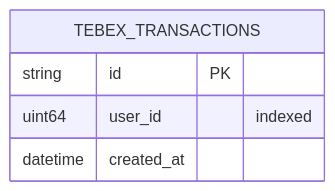
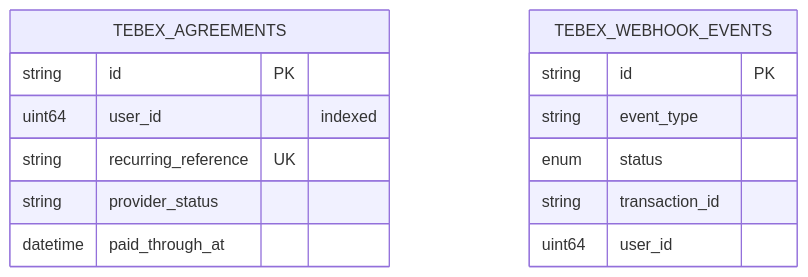
One commit to AdamOusmer/ItsBagelBot changed the fifth of 5 diagrams in web/docs/src/content/docs/data-and-state/database.md. Above: the diagram before and after it, drawn with Mermaid. The commit also changed other lines of this file and 97 other files, not shown here.

````diff
--- a/web/docs/src/content/docs/data-and-state/database.md
+++ b/web/docs/src/content/docs/data-and-state/database.md
@@ -154,8 +187,17 @@
 ```mermaid
 erDiagram
-    TEBEX_TRANSACTIONS {
+    TEBEX_AGREEMENTS {
         string id PK
         uint64 user_id "indexed"
-        datetime created_at
+        string recurring_reference UK
+        string provider_status
+        datetime paid_through_at
+    }
+    TEBEX_WEBHOOK_EVENTS {
+        string id PK
+        string event_type
+        enum status
+        string transaction_id
+        uint64 user_id
     }
 ```
````
